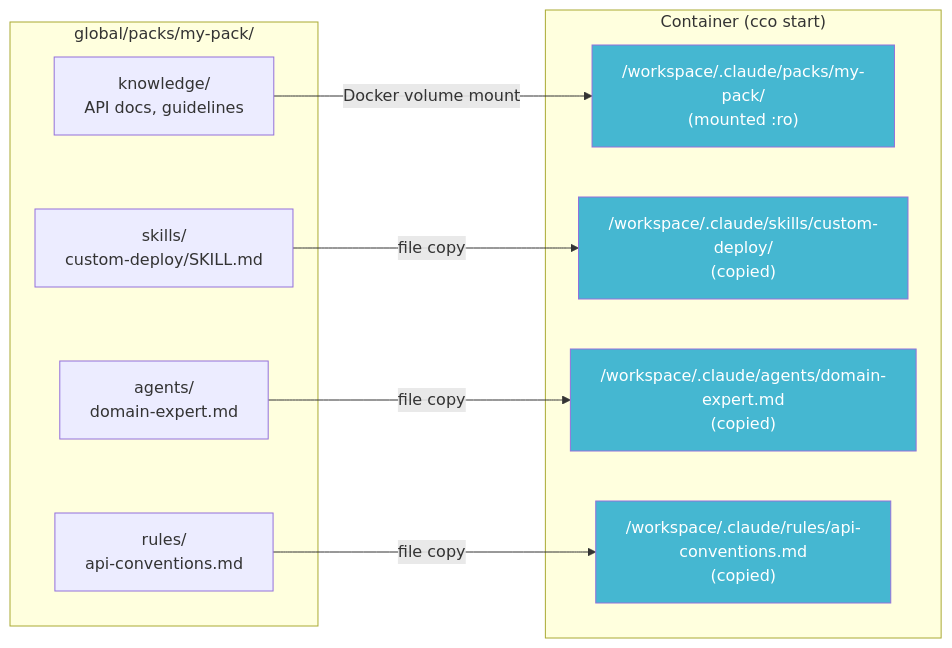
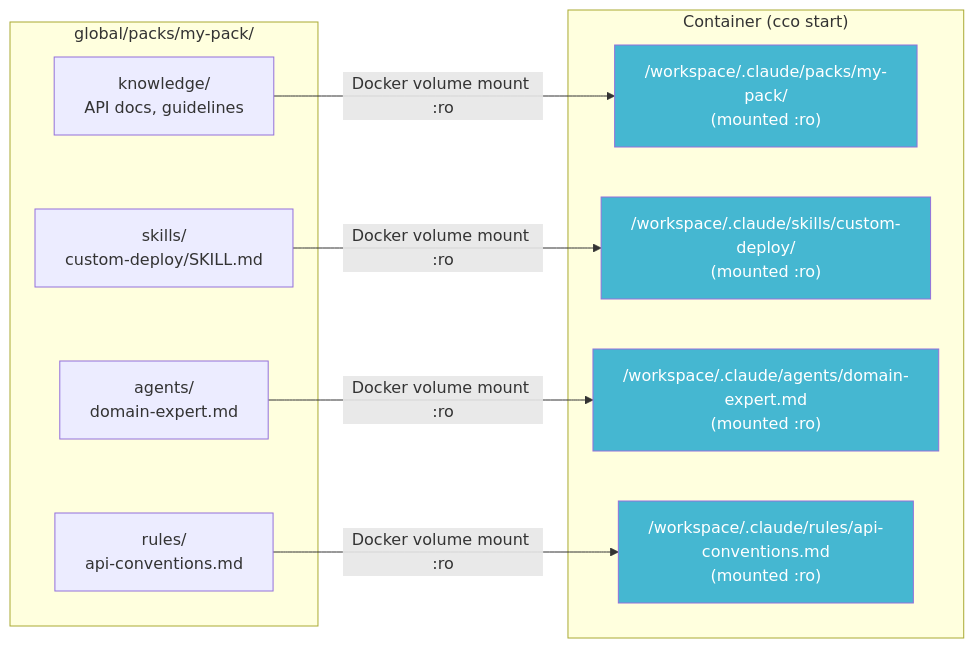
One commit to alergyonthestage/claude-orchestrator changed the second of 2 diagrams in docs/maintainer/scope-hierarchy/design.md. Above: the diagram before and after it, drawn with Mermaid. The commit also changed other lines of this file and 9 other files, not shown here.

````diff
--- a/docs/maintainer/scope-hierarchy/design.md
+++ b/docs/maintainer/scope-hierarchy/design.md
@@ -200,26 +200,26 @@
 ```mermaid
 graph LR
     subgraph "global/packs/my-pack/"
         PK["knowledge/<br/>API docs, guidelines"]
         PS["skills/<br/>custom-deploy/SKILL.md"]
         PA["agents/<br/>domain-expert.md"]
         PR["rules/<br/>api-conventions.md"]
     end
 
     subgraph "Container (cco start)"
         KM["/workspace/.claude/packs/my-pack/<br/>(mounted :ro)"]
-        SC["/workspace/.claude/skills/custom-deploy/<br/>(copied)"]
-        AC["/workspace/.claude/agents/domain-expert.md<br/>(copied)"]
-        RC["/workspace/.claude/rules/api-conventions.md<br/>(copied)"]
+        SC["/workspace/.claude/skills/custom-deploy/<br/>(mounted :ro)"]
+        AC["/workspace/.claude/agents/domain-expert.md<br/>(mounted :ro)"]
+        RC["/workspace/.claude/rules/api-conventions.md<br/>(mounted :ro)"]
     end
 
-    PK -->|"Docker volume mount"| KM
-    PS -->|"file copy"| SC
-    PA -->|"file copy"| AC
-    PR -->|"file copy"| RC
+    PK -->|"Docker volume mount :ro"| KM
+    PS -->|"Docker volume mount :ro"| SC
+    PA -->|"Docker volume mount :ro"| AC
+    PR -->|"Docker volume mount :ro"| RC
 
     style KM fill:#45b7d1,color:#fff
     style SC fill:#45b7d1,color:#fff
     style AC fill:#45b7d1,color:#fff
     style RC fill:#45b7d1,color:#fff
 ```
````
